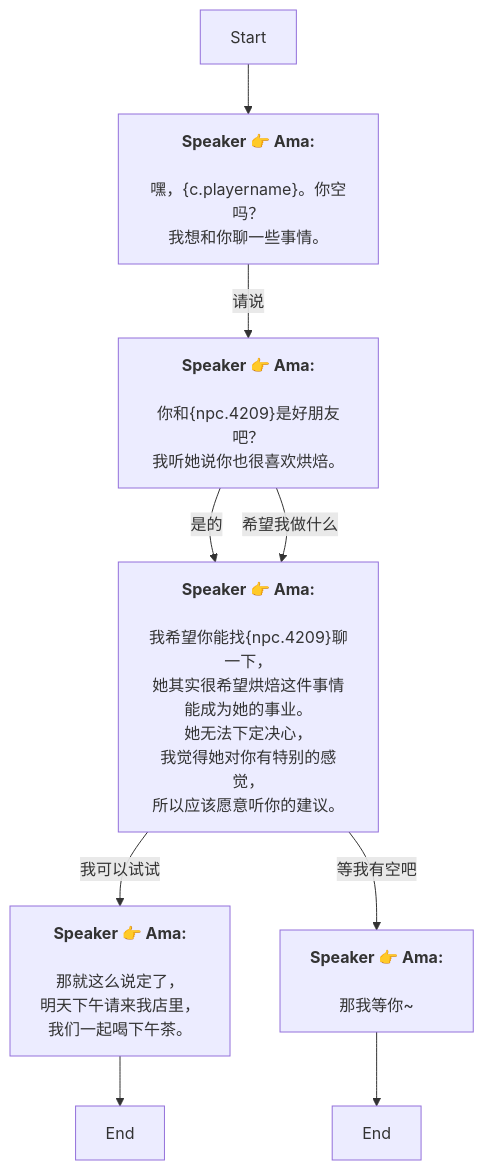
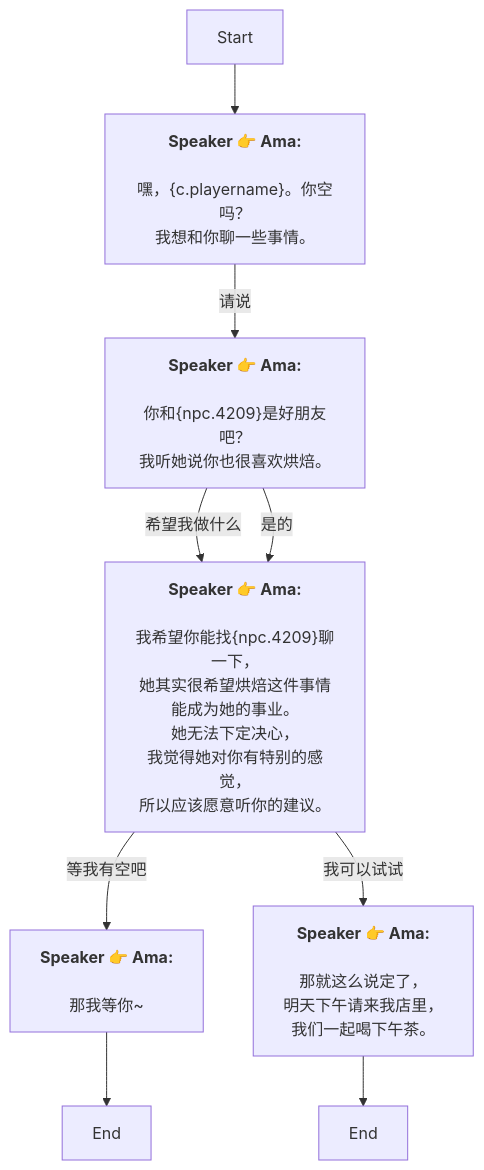
One commit to SoftHu/tos_avg changed the diagram in Zh/QuestStartTalkENode_1754299649006153.md. Above: the diagram before and after it, drawn with Mermaid. The commit also changed other lines of this file and 780 other files, not shown here.

````diff
--- a/Zh/QuestStartTalkENode_1754299649006153.md
+++ b/Zh/QuestStartTalkENode_1754299649006153.md
@@ -1,28 +1,28 @@
 ```mermaid
 graph
 Start -->1754300389577294[<b>Speaker 👉 Ama:</b>
 \n嘿，&lbrace;c.playername&rbrace;。你空吗？
 我想和你聊一些事情。]
 1754300389577294 -->|请说|1754300443254355[<b>Speaker 👉 Ama:</b>
 \n你和&lbrace;npc.4209&rbrace;是好朋友吧？
 我听她说你也很喜欢烘焙。]
+1754300443254355 -->|希望我做什么|1754300489287257[<b>Speaker 👉 Ama:</b>
+\n我希望你能找&lbrace;npc.4209&rbrace;聊一下，
+她其实很希望烘焙这件事情能成为她的事业。\n她无法下定决心，
+我觉得她对你有特别的感觉，
+所以应该愿意听你的建议。]
 1754300443254355 -->|是的|1754300489287257[<b>Speaker 👉 Ama:</b>
 \n我希望你能找&lbrace;npc.4209&rbrace;聊一下，
 她其实很希望烘焙这件事情能成为她的事业。\n她无法下定决心，
 我觉得她对你有特别的感觉，
 所以应该愿意听你的建议。]
-1754300443254355 -->|希望我做什么|1754300489287257[<b>Speaker 👉 Ama:</b>
-\n我希望你能找&lbrace;npc.4209&rbrace;聊一下，
-她其实很希望烘焙这件事情能成为她的事业。\n她无法下定决心，
-我觉得她对你有特别的感觉，
-所以应该愿意听你的建议。]
+1754300489287257 -->|等我有空吧|1754300946867810[<b>Speaker 👉 Ama:</b>
+\n那我等你~]
 1754300489287257 -->|我可以试试|1754300932487777[<b>Speaker 👉 Ama:</b>
 \n那就这么说定了，
 明天下午请来我店里，
 我们一起喝下午茶。]
-1754300489287257 -->|等我有空吧|1754300946867810[<b>Speaker 👉 Ama:</b>
-\n那我等你~]
 1754300932487777 -->1754300921031264[End]
 1754300946867810 -->1754300914270815[End]
 
 ```
````
